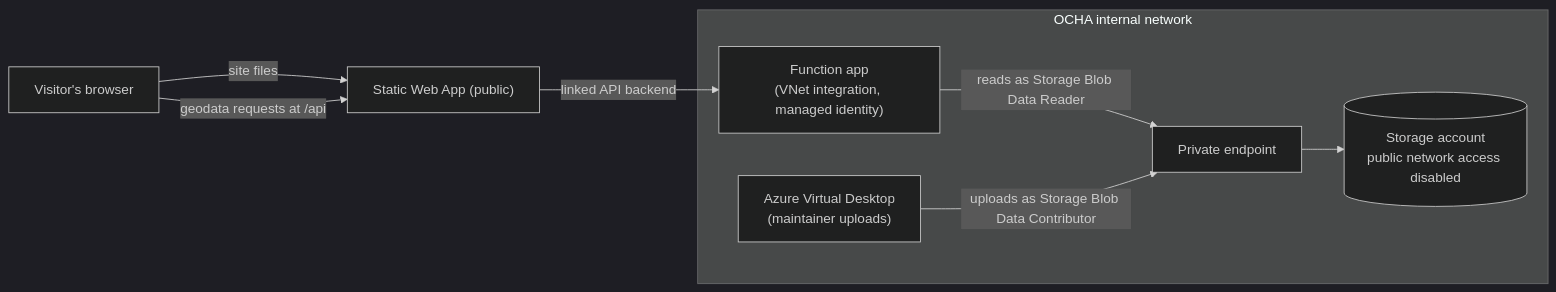
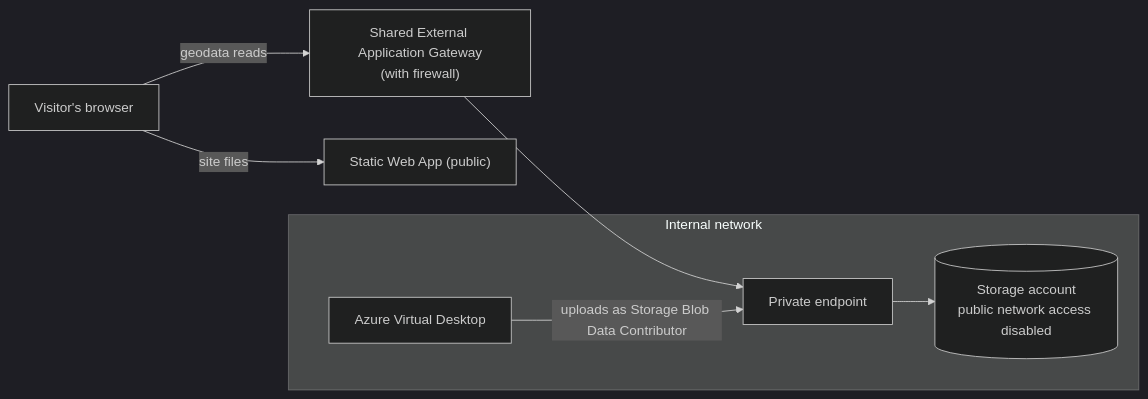
Before and after one commit to OCHA-DAP/cod-app: the diagram in docs/proposals/azure-hosting.md, drawn with Mermaid (dark theme). The commit also changed other lines of this file, not shown here.

First line of the commit message:
Propose serving geodata through the shared Application Gateway (#119)

````diff
--- a/docs/proposals/azure-hosting.md
+++ b/docs/proposals/azure-hosting.md
@@ -13,17 +11,16 @@
 ```mermaid
 flowchart LR
     browser["Visitor's browser"]
     swa["Static Web App (public)"]
-    subgraph vnet["OCHA internal network"]
-        func["Function app<br/>(VNet integration, managed identity)"]
+    agw["Shared External Application Gateway<br/>(with firewall)"]
+    subgraph net["Internal network"]
         pe["Private endpoint"]
         storage[("Storage account<br/>public network access disabled")]
-        avd["Azure Virtual Desktop<br/>(maintainer uploads)"]
+        avd["Azure Virtual Desktop"]
     end
     browser -- "site files" --> swa
-    browser -- "geodata requests at /api" --> swa
-    swa -- "linked API backend" --> func
-    func -- "reads as Storage Blob Data Reader" --> pe
+    browser -- "geodata reads" --> agw
+    agw --> pe
     pe --> storage
     avd -- "uploads as Storage Blob Data Contributor" --> pe
 ```
````
